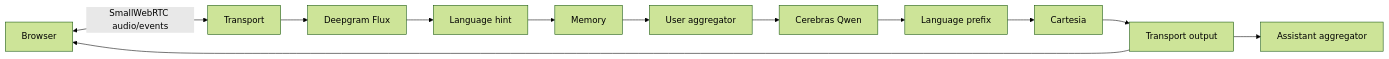
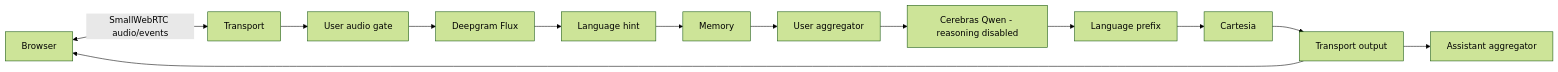
One commit to ojas-ba/Course-Project---Voxlane changed the diagram in docs/ARCHITECTURE.md. Above: the diagram before and after it, drawn with Mermaid (forest theme). The commit also changed other lines of this file and 37 other files, not shown here.

````diff
--- a/docs/ARCHITECTURE.md
+++ b/docs/ARCHITECTURE.md
@@ -23,14 +23,15 @@
 ```mermaid
 flowchart LR
     Browser[Browser] <-->|SmallWebRTC audio/events| Transport
-    Transport --> Flux[Deepgram Flux]
+    Transport --> Gate[User audio gate]
+    Gate --> Flux[Deepgram Flux]
     Flux --> Hint[Language hint]
     Hint --> Memory
     Memory --> User[User aggregator]
-    User --> LLM[Cerebras Qwen]
+    User --> LLM[Cerebras Qwen - reasoning disabled]
     LLM --> Prefix[Language prefix]
     Prefix --> TTS[Cartesia]
     TTS --> Output[Transport output]
     Output --> Assistant[Assistant aggregator]
     Output --> Browser
 ```
````
